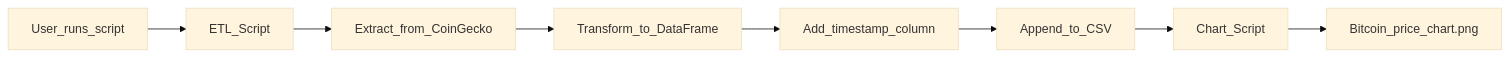
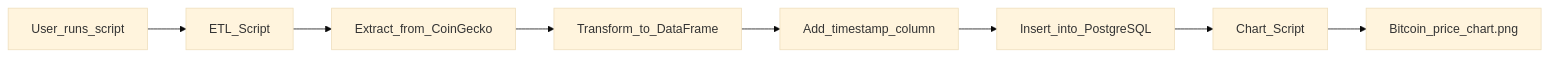
The diagram in README.md (yuhan00000/crypto-data-pipeline), drawn with Mermaid (base theme) before and after one commit. The commit also changed other lines of this file and 6 other files, not shown here.

Commit message:
Update storage to Postgres and method to plot bitcoin trend(read prices from PostgreSQL table)

````diff
--- a/README.md
+++ b/README.md
@@ -115,10 +150,10 @@
 ```mermaid
 flowchart LR
   userRun[User_runs_script] --> etl[ETL_Script]
   etl --> extract[Extract_from_CoinGecko]
   extract --> transform[Transform_to_DataFrame]
   transform --> addTs[Add_timestamp_column]
-  addTs --> appendCsv[Append_to_CSV]
-  appendCsv --> chartScript[Chart_Script]
+  addTs --> insertDb[Insert_into_PostgreSQL]
+  insertDb --> chartScript[Chart_Script]
   chartScript --> btcChart[Bitcoin_price_chart.png]
 ```
````
